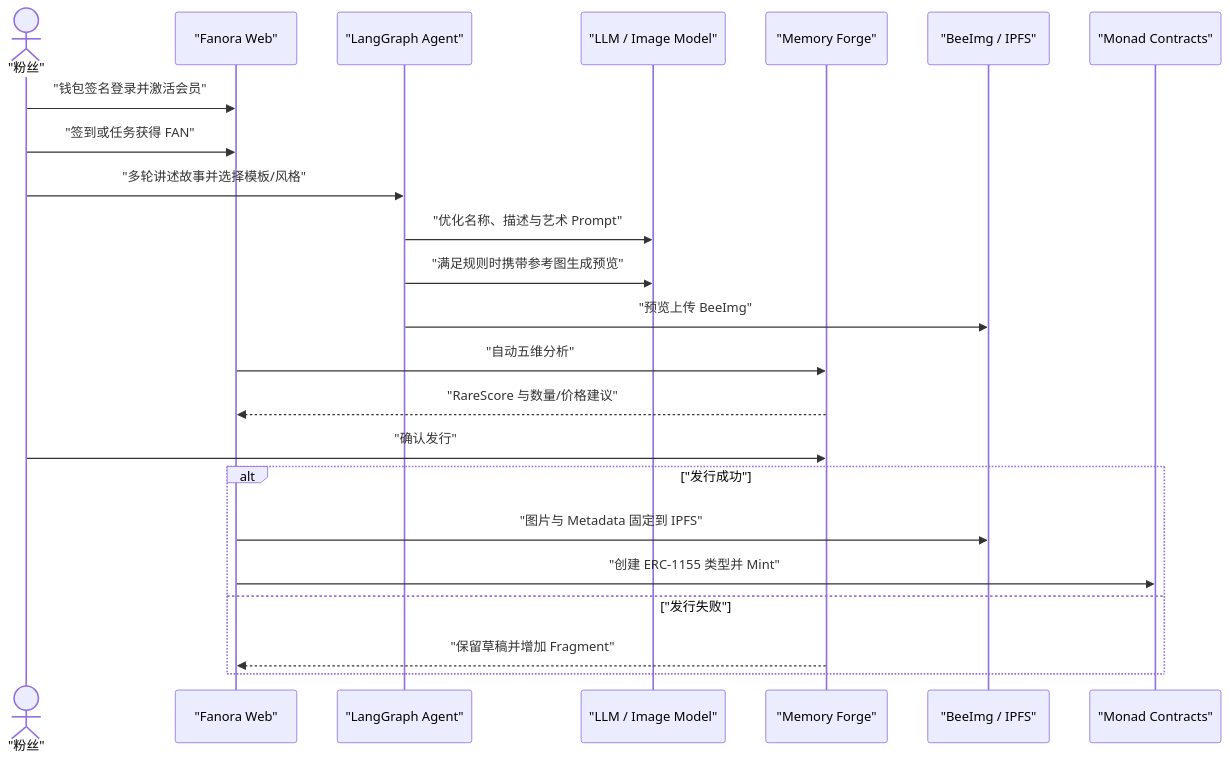
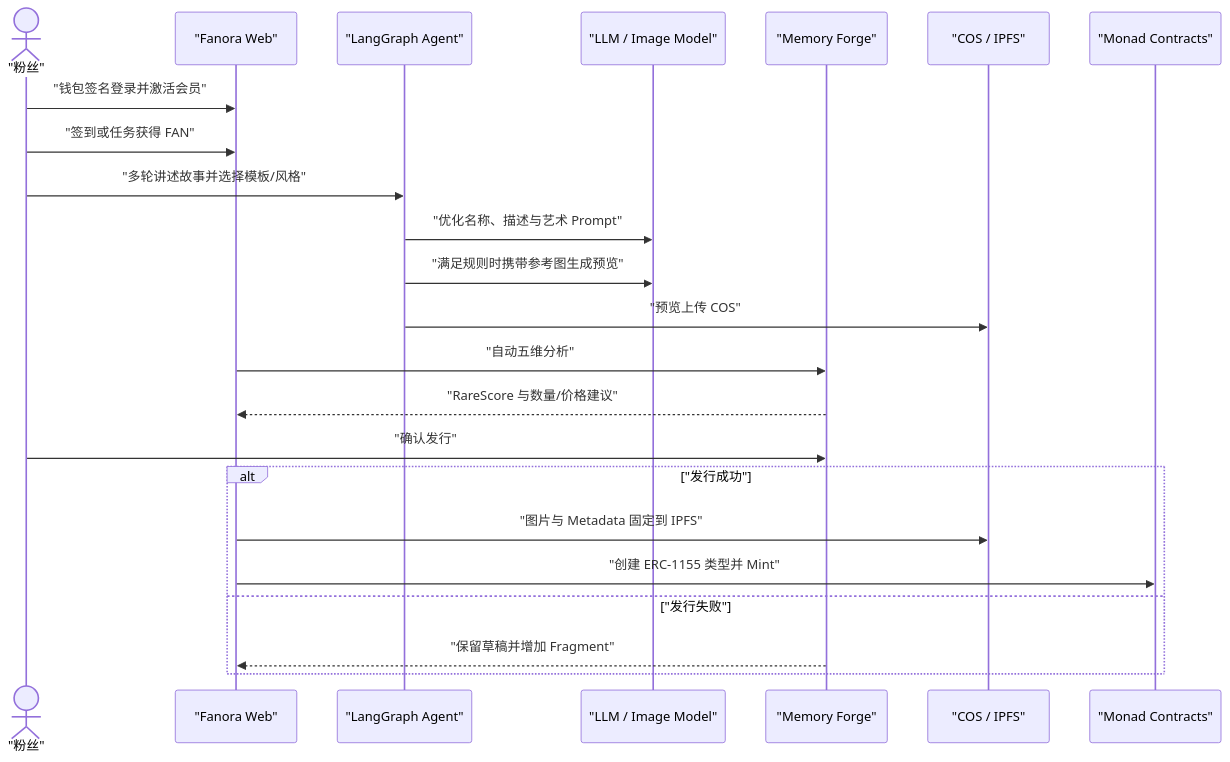
One commit to ouminghai/Fanora changed the second of 4 diagrams in docs/produce/README.md. Above: the diagram before and after it, drawn with Mermaid. The commit also changed other lines of this file and 78 other files, not shown here.

````diff
--- a/docs/produce/README.md
+++ b/docs/produce/README.md
@@ -41,26 +41,26 @@
 ```mermaid
 sequenceDiagram
     actor Fan as "粉丝"
     participant Web as "Fanora Web"
     participant Agent as "LangGraph Agent"
     participant AI as "LLM / Image Model"
     participant Forge as "Memory Forge"
-    participant Storage as "BeeImg / IPFS"
+    participant Storage as "COS / IPFS"
     participant Monad as "Monad Contracts"
 
     Fan->>Web: "钱包签名登录并激活会员"
     Fan->>Web: "签到或任务获得 FAN"
     Fan->>Agent: "多轮讲述故事并选择模板/风格"
     Agent->>AI: "优化名称、描述与艺术 Prompt"
     Agent->>AI: "满足规则时携带参考图生成预览"
-    Agent->>Storage: "预览上传 BeeImg"
+    Agent->>Storage: "预览上传 COS"
     Web->>Forge: "自动五维分析"
     Forge-->>Web: "RareScore 与数量/价格建议"
     Fan->>Forge: "确认发行"
     alt "发行成功"
         Web->>Storage: "图片与 Metadata 固定到 IPFS"
         Web->>Monad: "创建 ERC-1155 类型并 Mint"
     else "发行失败"
         Forge-->>Web: "保留草稿并增加 Fragment"
     end
 ```
````
